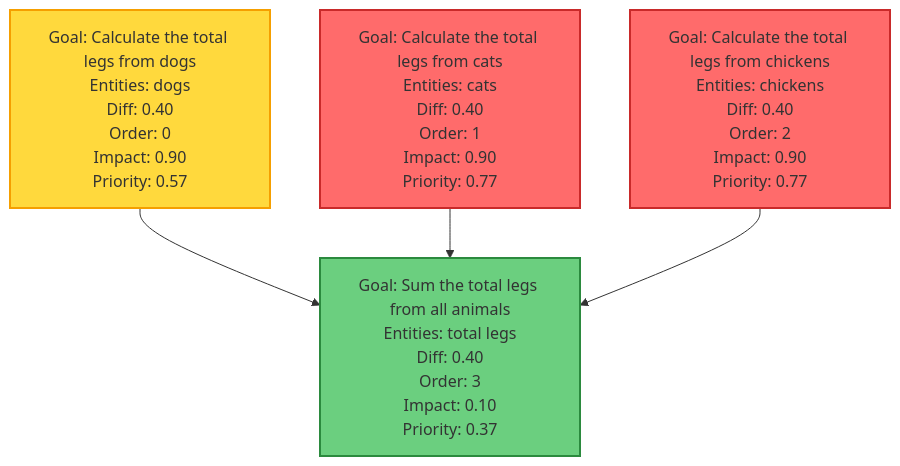
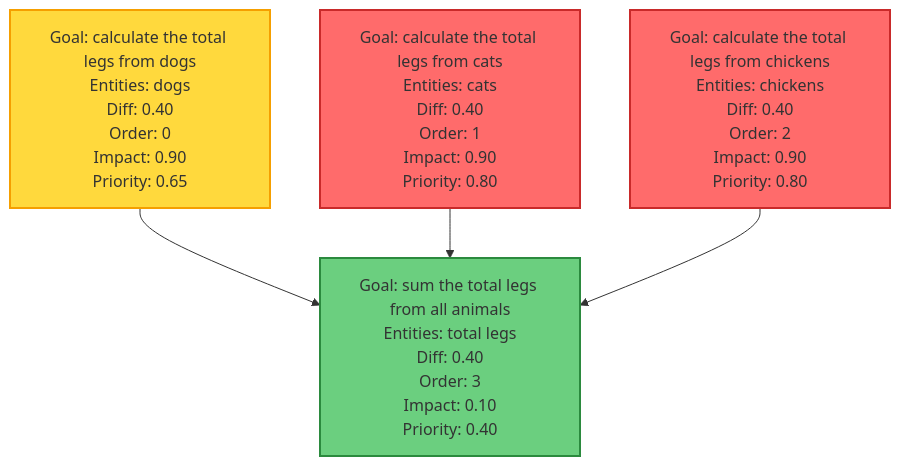
The diagram in leg_counting_decomposition.mmd (chirix33/pipe_eval_prototype), drawn with Mermaid before and after one commit.

Commit message:
Refactor leg counting goals in leg_counting_decomposition.mmd for clarity and updated priorities

```diff
--- a/leg_counting_decomposition.mmd
+++ b/leg_counting_decomposition.mmd
@@ -1,15 +1,15 @@
 graph TD
-    comp_0["Goal: Calculate the total legs from dogs\nEntities: dogs\nDiff: 0.40\nOrder: 0\nImpact: 0.90\nPriority: 0.57"]:::priority_57
-    comp_1["Goal: Calculate the total legs from cats\nEntities: cats\nDiff: 0.40\nOrder: 1\nImpact: 0.90\nPriority: 0.77"]:::priority_77
-    comp_2["Goal: Calculate the total legs from chickens\nEntities: chickens\nDiff: 0.40\nOrder: 2\nImpact: 0.90\nPriority: 0.77"]:::priority_77
-    comp_3["Goal: Sum the total legs from all animals\nEntities: total legs\nDiff: 0.40\nOrder: 3\nImpact: 0.10\nPriority: 0.37"]:::priority_37
+    comp_0["Goal: calculate the total legs from dogs\nEntities: dogs\nDiff: 0.40\nOrder: 0\nImpact: 0.90\nPriority: 0.65"]:::priority_65
+    comp_1["Goal: calculate the total legs from cats\nEntities: cats\nDiff: 0.40\nOrder: 1\nImpact: 0.90\nPriority: 0.80"]:::priority_80
+    comp_2["Goal: calculate the total legs from chickens\nEntities: chickens\nDiff: 0.40\nOrder: 2\nImpact: 0.90\nPriority: 0.80"]:::priority_80
+    comp_3["Goal: sum the total legs from all animals\nEntities: total legs\nDiff: 0.40\nOrder: 3\nImpact: 0.10\nPriority: 0.40"]:::priority_40
     comp_0 --> comp_3
     comp_1 --> comp_3
     comp_2 --> comp_3
     classDef priority_high fill:#ff6b6b,stroke:#c92a2a,stroke-width:2px
     classDef priority_med fill:#ffd93d,stroke:#f59f00,stroke-width:2px
     classDef priority_low fill:#6bcf7f,stroke:#2b8a3e,stroke-width:2px
     class comp_0 priority_med
     class comp_1 priority_high
     class comp_2 priority_high
     class comp_3 priority_low
```
